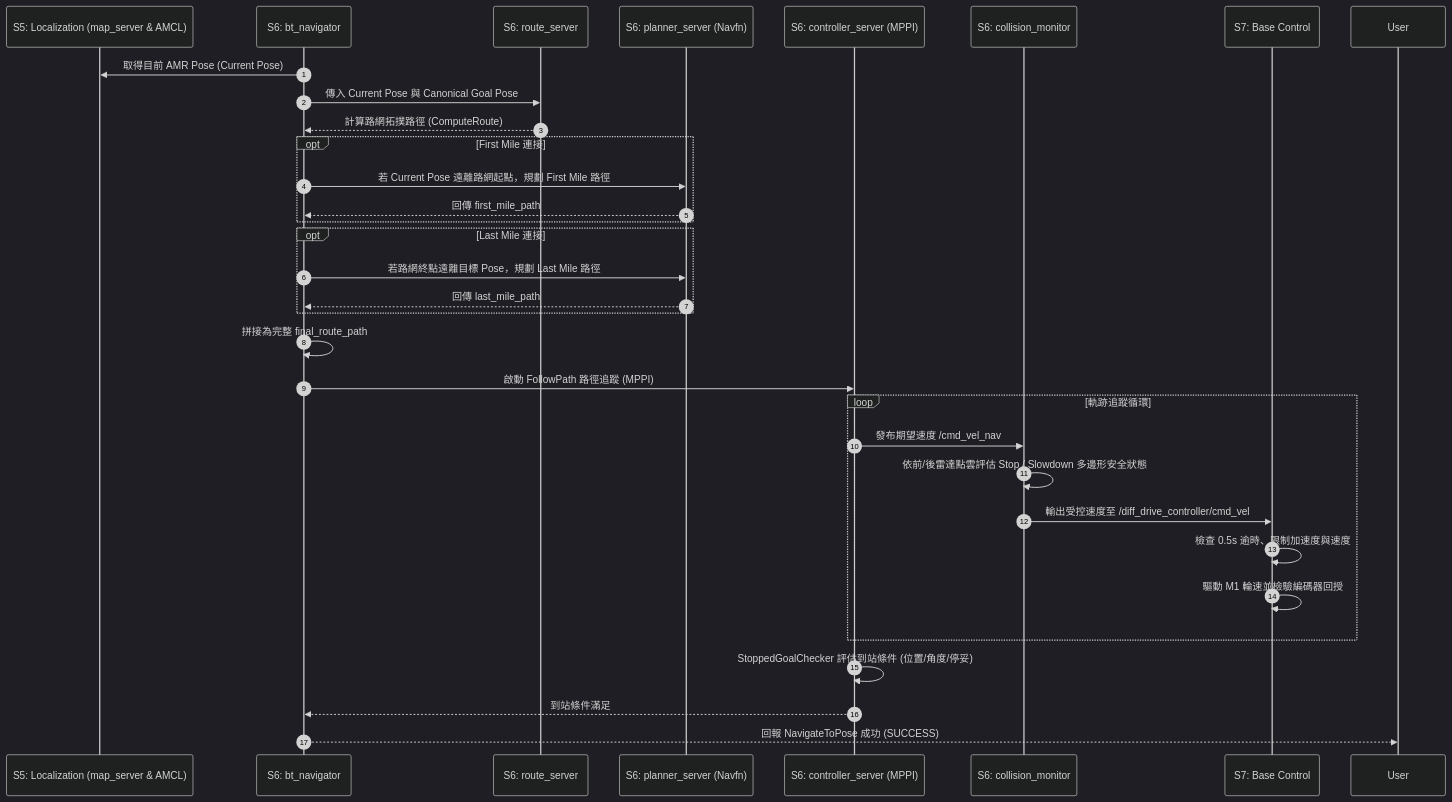
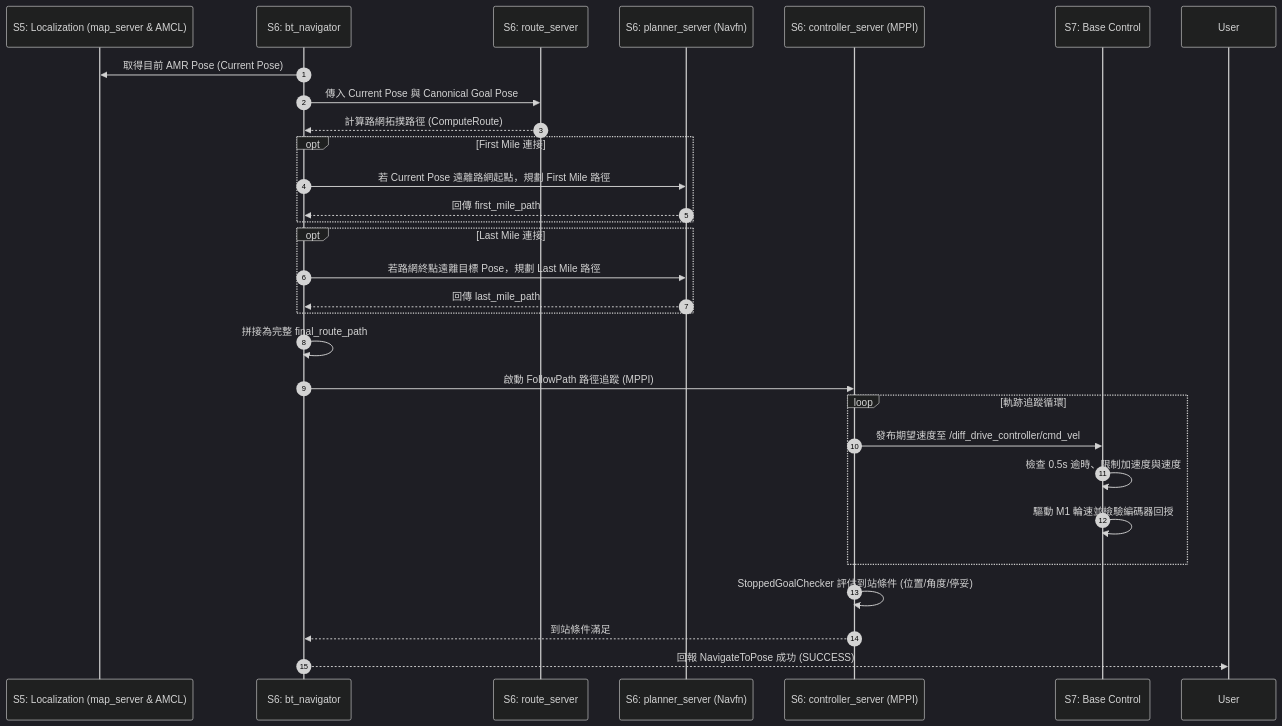
The fourth of 5 diagrams in docs/04_SYSTEMS.md (monkey30440/mobile_base), drawn with Mermaid (dark theme) before and after one commit. The commit also changed other lines of this file and 8 other files, not shown here.

Commit message:
refactor(navigation): remove standalone collision monitor

````diff
--- a/docs/04_SYSTEMS.md
+++ b/docs/04_SYSTEMS.md
@@ -720,40 +719,37 @@
 ```mermaid
 sequenceDiagram
     autonumber
     participant S5 as S5: Localization (map_server & AMCL)
     participant BT as S6: bt_navigator
     participant Route as S6: route_server
     participant Planner as S6: planner_server (Navfn)
     participant Ctrl as S6: controller_server (MPPI)
-    participant CM as S6: collision_monitor
     participant S7 as S7: Base Control
 
     BT->>S5: 取得目前 AMR Pose (Current Pose)
     BT->>Route: 傳入 Current Pose 與 Canonical Goal Pose
     Route-->>BT: 計算路網拓撲路徑 (ComputeRoute)
 
     opt First Mile 連接
         BT->>Planner: 若 Current Pose 遠離路網起點，規劃 First Mile 路徑
         Planner-->>BT: 回傳 first_mile_path
     end
 
     opt Last Mile 連接
         BT->>Planner: 若路網終點遠離目標 Pose，規劃 Last Mile 路徑
         Planner-->>BT: 回傳 last_mile_path
     end
 
     BT->>BT: 拼接為完整 final_route_path
     BT->>Ctrl: 啟動 FollowPath 路徑追蹤 (MPPI)
 
     loop 軌跡追蹤循環
-        Ctrl->>CM: 發布期望速度 /cmd_vel_nav
-        CM->>CM: 依前/後雷達點雲評估 Stop / Slowdown 多邊形安全狀態
-        CM->>S7: 輸出受控速度至 /diff_drive_controller/cmd_vel
+        Ctrl->>S7: 發布期望速度至 /diff_drive_controller/cmd_vel
         S7->>S7: 檢查 0.5s 逾時、限制加速度與速度
         S7->>S7: 驅動 M1 輪速並檢驗編碼器回授
     end
 
     Ctrl->>Ctrl: StoppedGoalChecker 評估到站條件 (位置/角度/停妥)
     Ctrl-->>BT: 到站條件滿足
     BT-->>User: 回報 NavigateToPose 成功 (SUCCESS)
 ```
````
